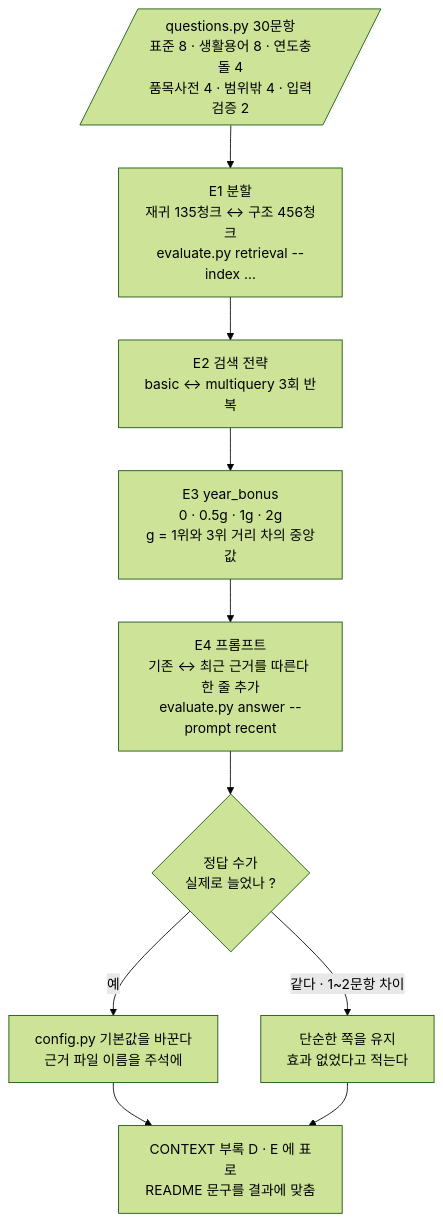
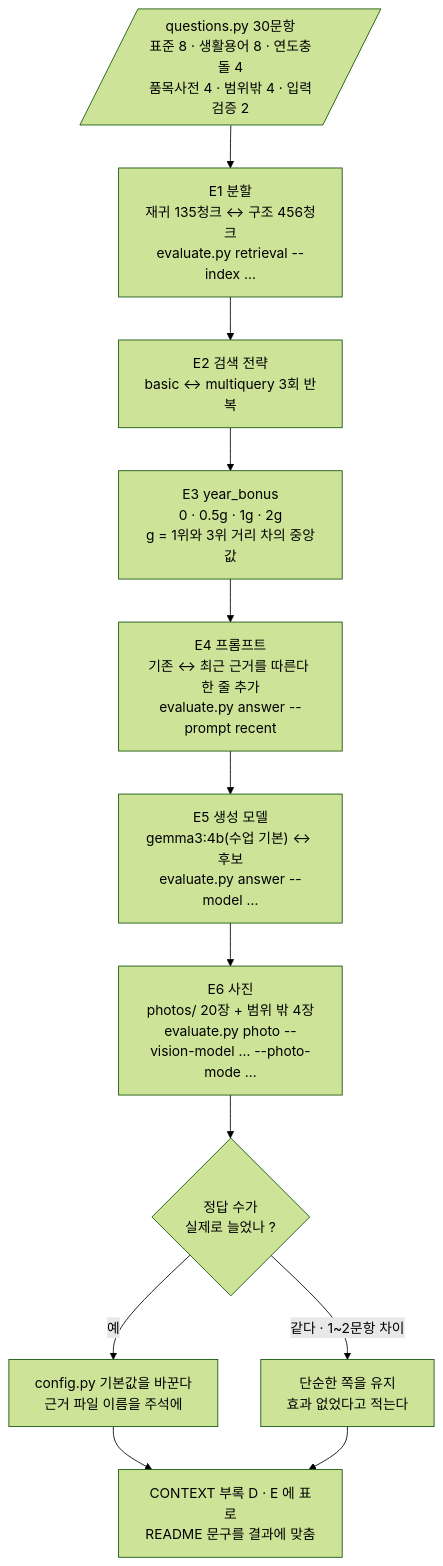
Before and after one commit to Jinseok2419342/recycle-rag-slack-bot: the ninth of 10 diagrams in docs/architecture.md, drawn with Mermaid (forest theme). The commit also changed other lines of this file and 37 other files, not shown here.

````diff
--- a/docs/architecture.md
+++ b/docs/architecture.md
@@ -291,15 +340,17 @@
 ```mermaid
 flowchart TD
     qs[/"questions.py 30문항<br/>표준 8 · 생활용어 8 · 연도충돌 4<br/>품목사전 4 · 범위밖 4 · 입력검증 2"/]
 
     qs --> e1["E1 분할<br/>재귀 135청크 ↔ 구조 456청크<br/>evaluate.py retrieval --index …"]
     e1 --> e2["E2 검색 전략<br/>basic ↔ multiquery 3회 반복"]
     e2 --> e3["E3 year_bonus<br/>0 · 0.5g · 1g · 2g<br/>g = 1위와 3위 거리 차의 중앙값"]
     e3 --> e4["E4 프롬프트<br/>기존 ↔ 최근 근거를 따른다 한 줄 추가<br/>evaluate.py answer --prompt recent"]
+    e4 --> e5["E5 생성 모델<br/>gemma3:4b(수업 기본) ↔ 후보<br/>evaluate.py answer --model …"]
+    e5 --> e6["E6 사진<br/>photos/ 20장 + 범위 밖 4장<br/>evaluate.py photo --vision-model … --photo-mode …"]
 
-    e4 --> rule{"정답 수가<br/>실제로 늘었나 ?"}
+    e6 --> rule{"정답 수가<br/>실제로 늘었나 ?"}
     rule -- "예" --> adopt["config.py 기본값을 바꾼다<br/>근거 파일 이름을 주석에"]
     rule -- "같다 · 1~2문항 차이" --> keep["단순한 쪽을 유지<br/>효과 없었다고 적는다"]
     adopt --> doc["CONTEXT 부록 D · E 에 표로<br/>README 문구를 결과에 맞춤"]
     keep --> doc
 ```
````
